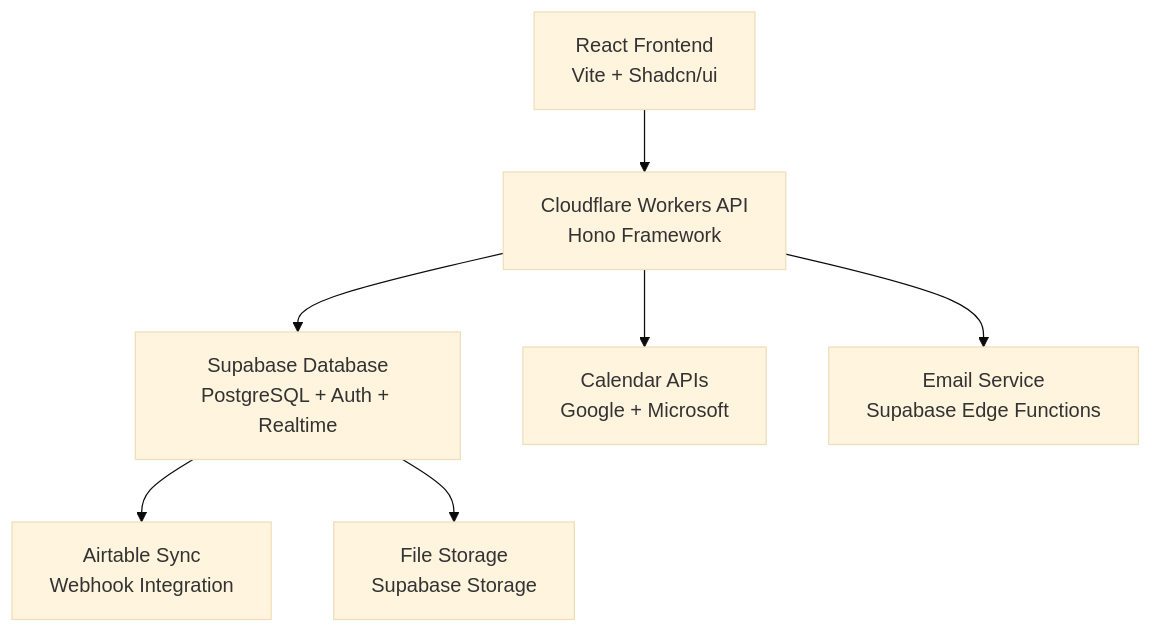
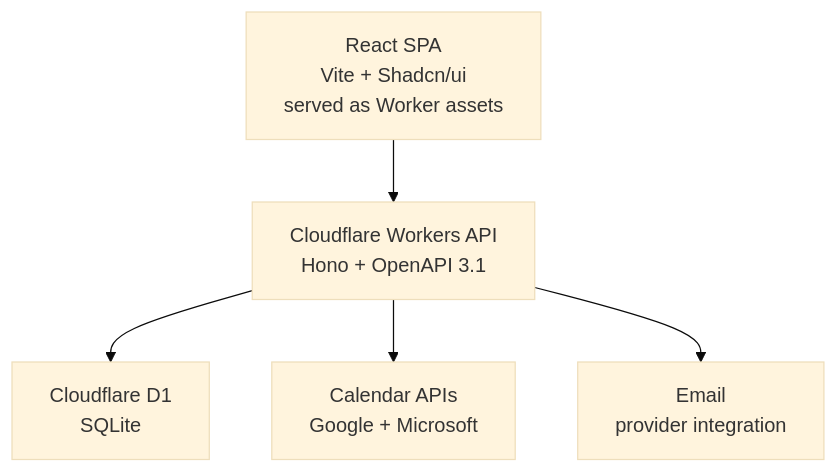
One commit to brettdavies/cf_office_hours changed the diagram in README.md. Above: the diagram before and after it, drawn with Mermaid (base theme). The commit also changed other lines of this file and 249 other files, not shown here.

First line of the commit message:
feat: release v0.1.0 (Cloudflare D1 + Workers platform) (#27)

````diff
--- a/README.md
+++ b/README.md
@@ -33,9 +38,7 @@
 ```mermaid
 graph TB
-    A[React Frontend<br/>Vite + Shadcn/ui] --> B[Cloudflare Workers API<br/>Hono Framework]
-    B --> C[Supabase Database<br/>PostgreSQL + Auth + Realtime]
-    C --> D[Airtable Sync<br/>Webhook Integration]
+    A[React SPA<br/>Vite + Shadcn/ui<br/>served as Worker assets] --> B[Cloudflare Workers API<br/>Hono + OpenAPI 3.1]
+    B --> C[Cloudflare D1<br/>SQLite]
     B --> E[Calendar APIs<br/>Google + Microsoft]
-    C --> F[File Storage<br/>Supabase Storage]
-    B --> G[Email Service<br/>Supabase Edge Functions]
+    B --> F[Email<br/>provider integration]
 ```
````
